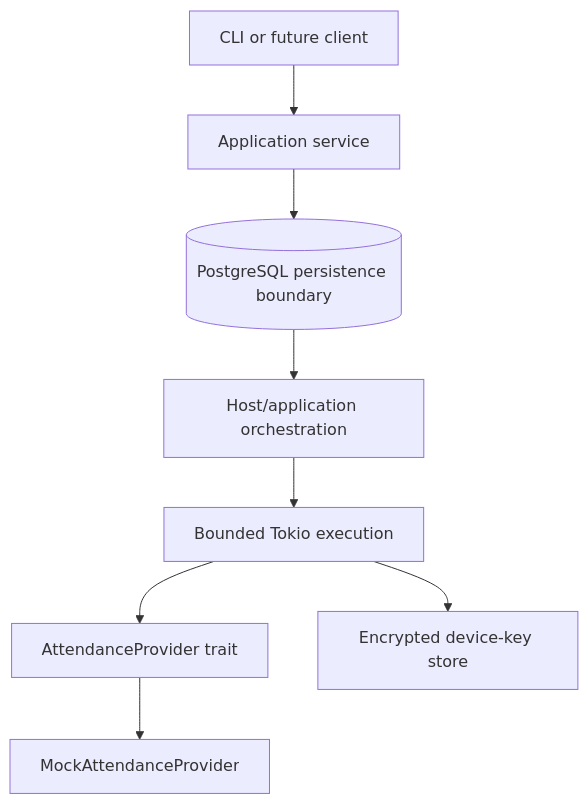
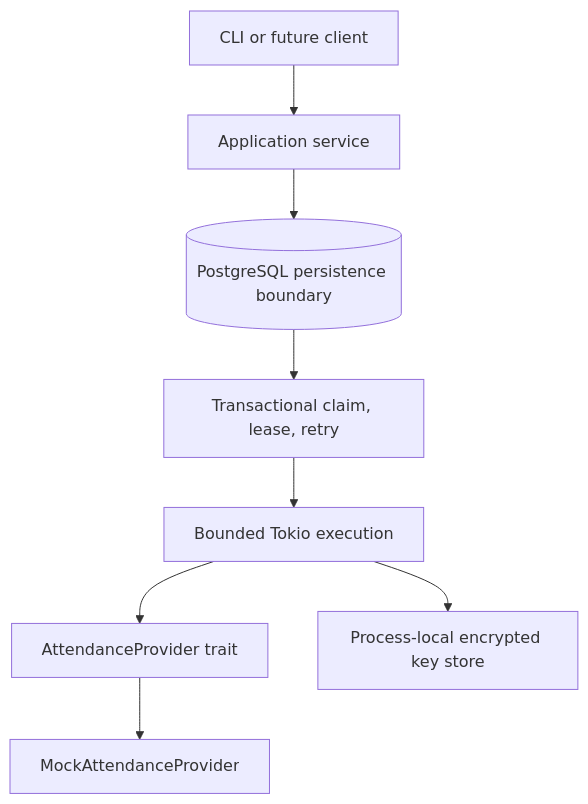
The diagram in README.md (rnaefe/deysis-trust-boundaries), drawn with Mermaid before and after one commit. The commit also changed other lines of this file and 23 other files, not shown here.

````diff
--- a/README.md
+++ b/README.md
@@ -23,10 +23,10 @@
 ```mermaid
 flowchart TD
   C[CLI or future client] --> A[Application service]
   A --> Q[(PostgreSQL persistence boundary)]
-  Q --> O[Host/application orchestration]
+  Q --> O[Transactional claim, lease, retry]
   O --> W[Bounded Tokio execution]
   W --> P[AttendanceProvider trait]
   P --> M[MockAttendanceProvider]
-  W --> K[Encrypted device-key store]
+  W --> K[Process-local encrypted key store]
 ```
````
